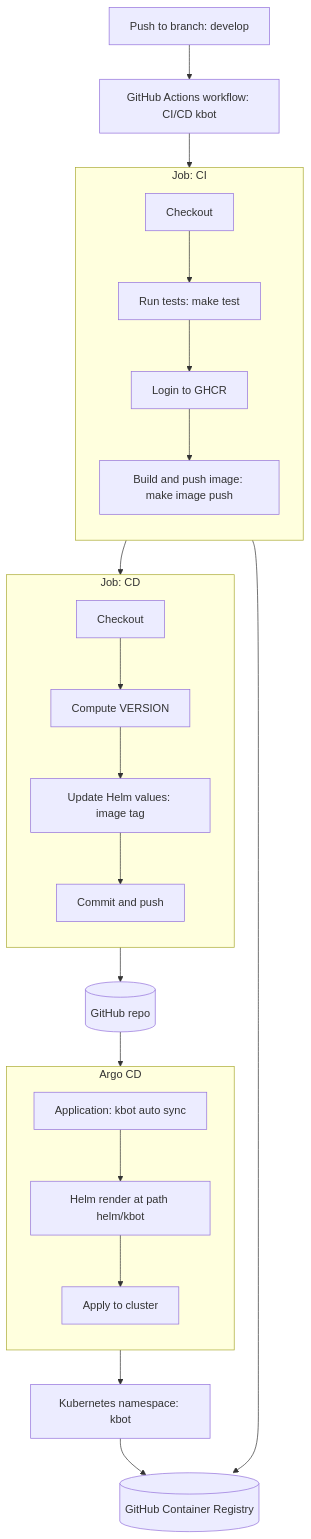
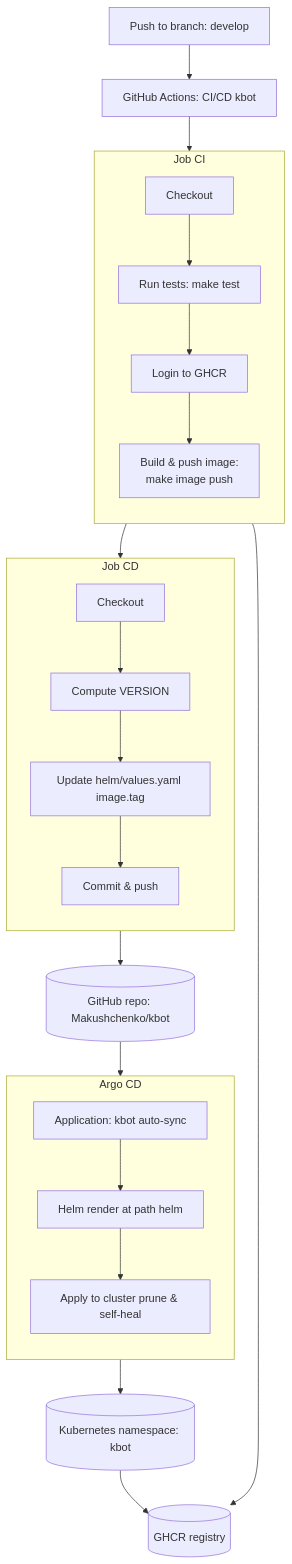
One commit to Makushchenko/kbot changed the diagram in CICD_workflow.md. Above: the diagram before and after it, drawn with Mermaid.

Commit message:
DEVOPS-61 #comment Formatted CI/CD kbot — Workflow Scheme

````diff
--- a/CICD_workflow.md
+++ b/CICD_workflow.md
@@ -3,43 +3,49 @@
 ```mermaid
 flowchart TD
-  A[Push to branch: develop] --> B[GitHub Actions workflow: CI/CD kbot]
+  %% Trigger → Workflow (vertical)
+  dev[Push to branch: develop] --> gha[GitHub Actions: CI/CD kbot]
 
-  subgraph CI [Job: CI]
+  %% CI job
+  subgraph CI [Job CI]
     direction TB
-    C1[Checkout]
-    C2[Run tests: make test]
-    C3[Login to GHCR]
-    C4[Build and push image: make image push]
-    C1 --> C2 --> C3 --> C4
+    checkout1[Checkout]
+    test1[Run tests: make test]
+    login[Login to GHCR]
+    buildpush[Build & push image:
+    make image push]
+    checkout1 --> test1 --> login --> buildpush
   end
 
-  B --> CI
-  GHCR[(GitHub Container Registry)]
-  C4 --> GHCR
+  gha --> CI
+  ghcr[(GHCR registry)]
+  buildpush --> ghcr
 
-  subgraph CD [Job: CD]
+  %% CD job
+  subgraph CD [Job CD]
     direction TB
-    D1[Checkout]
-    D2[Compute VERSION]
-    D3[Update Helm values: image tag]
-    D4[Commit and push]
-    D1 --> D2 --> D3 --> D4
+    checkout2[Checkout]
+    calcver[Compute VERSION]
+    bump[Update helm/values.yaml image.tag]
+    commitpush[Commit & push]
+    checkout2 --> calcver --> bump --> commitpush
   end
 
   CI --> CD
-  REPO[(GitHub repo)]
-  D4 --> REPO
 
-  subgraph ARGO [Argo CD]
+  repo[(GitHub repo: Makushchenko/kbot)]
+  commitpush --> repo
+
+  %% Argo CD auto-sync
+  subgraph Argo [Argo CD]
     direction TB
-    E1[Application: kbot auto sync]
-    E2[Helm render at path helm/kbot]
-    E3[Apply to cluster]
-    E1 --> E2 --> E3
+    app[Application: kbot auto-sync]
+    render[Helm render at path helm]
+    apply[Apply to cluster prune & self-heal]
+    app --> render --> apply
   end
 
-  REPO --> ARGO
-  K8S[Kubernetes namespace: kbot]
-  E3 --> K8S
-  K8S --> GHCR
+  repo --> Argo
+  k8s[(Kubernetes namespace: kbot)]
+  apply --> k8s
+  k8s --> ghcr
 ```
````
